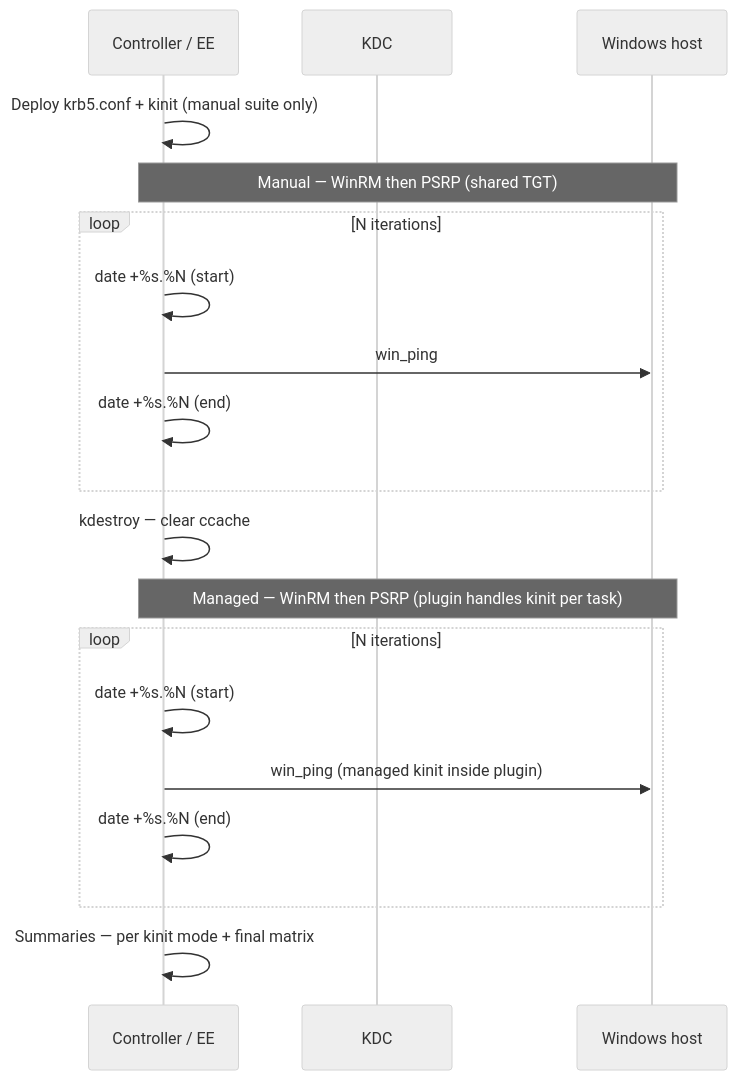
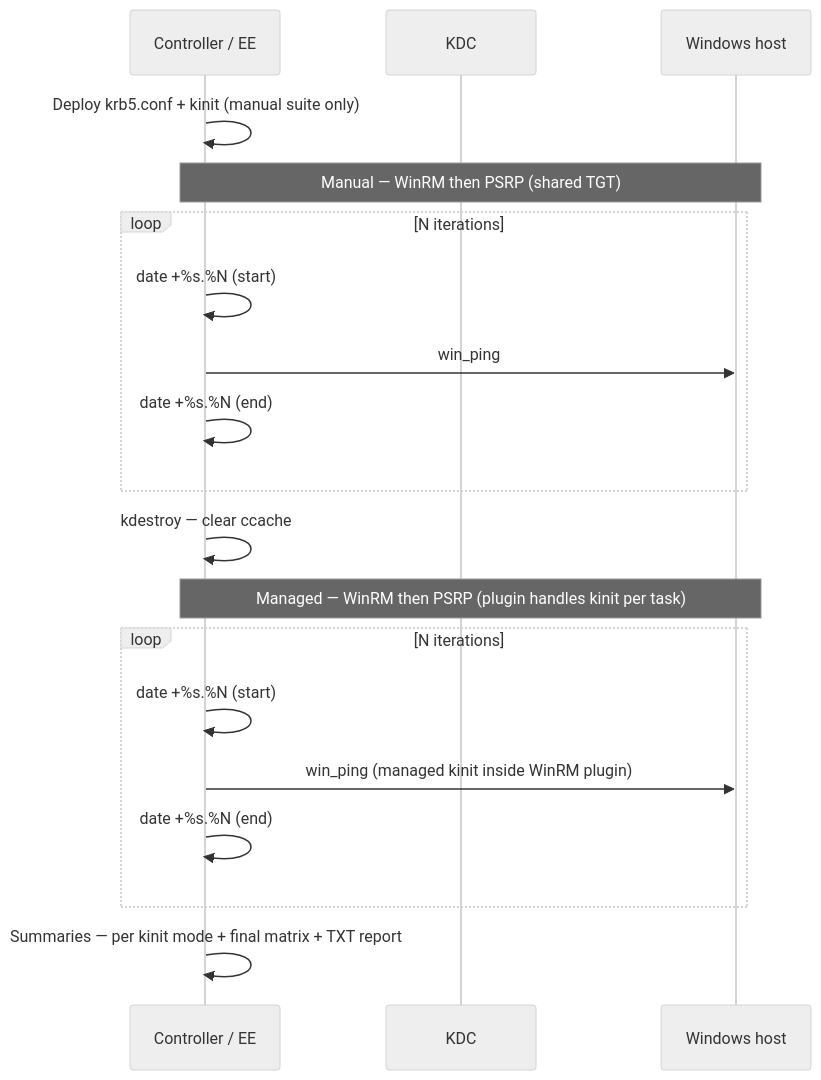
The diagram in demo-winrm-vs-psrp/README.md (lennysh/ansible-playground), drawn with Mermaid (neutral theme) before and after one commit. The commit also changed other lines of this file and 1 other file, not shown here.

````diff
--- a/demo-winrm-vs-psrp/README.md
+++ b/demo-winrm-vs-psrp/README.md
@@ -16,22 +16,22 @@
 ```mermaid
 sequenceDiagram
   participant EE as Controller / EE
   participant KDC as KDC
   participant Win as Windows host
 
   EE->>EE: Deploy krb5.conf + kinit (manual suite only)
   Note over EE,Win: Manual — WinRM then PSRP (shared TGT)
   loop N iterations
     EE->>EE: date +%s.%N (start)
     EE->>Win: win_ping
     EE->>EE: date +%s.%N (end)
   end
   EE->>EE: kdestroy — clear ccache
   Note over EE,Win: Managed — WinRM then PSRP (plugin handles kinit per task)
   loop N iterations
     EE->>EE: date +%s.%N (start)
-    EE->>Win: win_ping (managed kinit inside plugin)
+    EE->>Win: win_ping (managed kinit inside WinRM plugin)
     EE->>EE: date +%s.%N (end)
   end
-  EE->>EE: Summaries — per kinit mode + final matrix
+  EE->>EE: Summaries — per kinit mode + final matrix + TXT report
 ```
````
